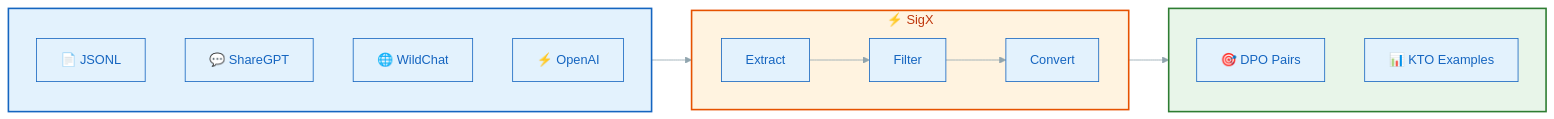
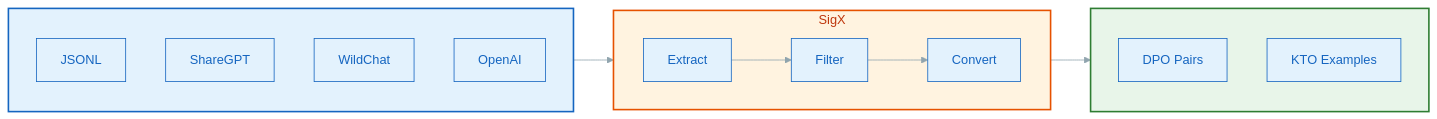
The diagram in README.md (Fengrru/sigx), drawn with Mermaid before and after one commit.

Commit message:
fix: remove emojis from README mermaid diagram

````diff
--- a/README.md
+++ b/README.md
@@ -338,29 +338,29 @@
 ```mermaid
 %%{init: {'theme': 'base', 'themeVariables': { 'primaryColor': '#e3f2fd', 'primaryTextColor': '#1565c0', 'primaryBorderColor': '#1565c0', 'lineColor': '#90a4ae', 'secondaryColor': '#fff3e0', 'tertiaryColor': '#e8f5e9'}}}%%
 
 graph LR
     subgraph INPUT [" "]
         direction TB
-        I1["📄 JSONL"]
-        I2["💬 ShareGPT"]
-        I3["🌐 WildChat"]
-        I4["⚡ OpenAI"]
+        I1["JSONL"]
+        I2["ShareGPT"]
+        I3["WildChat"]
+        I4["OpenAI"]
     end
 
-    subgraph SIGX ["⚡ SigX"]
+    subgraph SIGX ["SigX"]
         direction LR
         S1["Extract"] --> S2["Filter"] --> S3["Convert"]
     end
 
     subgraph OUTPUT [" "]
         direction TB
-        O1["🎯 DPO Pairs"]
-        O2["📊 KTO Examples"]
+        O1["DPO Pairs"]
+        O2["KTO Examples"]
     end
 
     INPUT --> SIGX --> OUTPUT
 
     style INPUT fill:#e3f2fd,stroke:#1565c0,stroke-width:2px,color:#0d47a1
     style SIGX fill:#fff3e0,stroke:#e65100,stroke-width:2px,color:#bf360c
     style OUTPUT fill:#e8f5e9,stroke:#2e7d32,stroke-width:2px,color:#1b5e20
 ```
````
